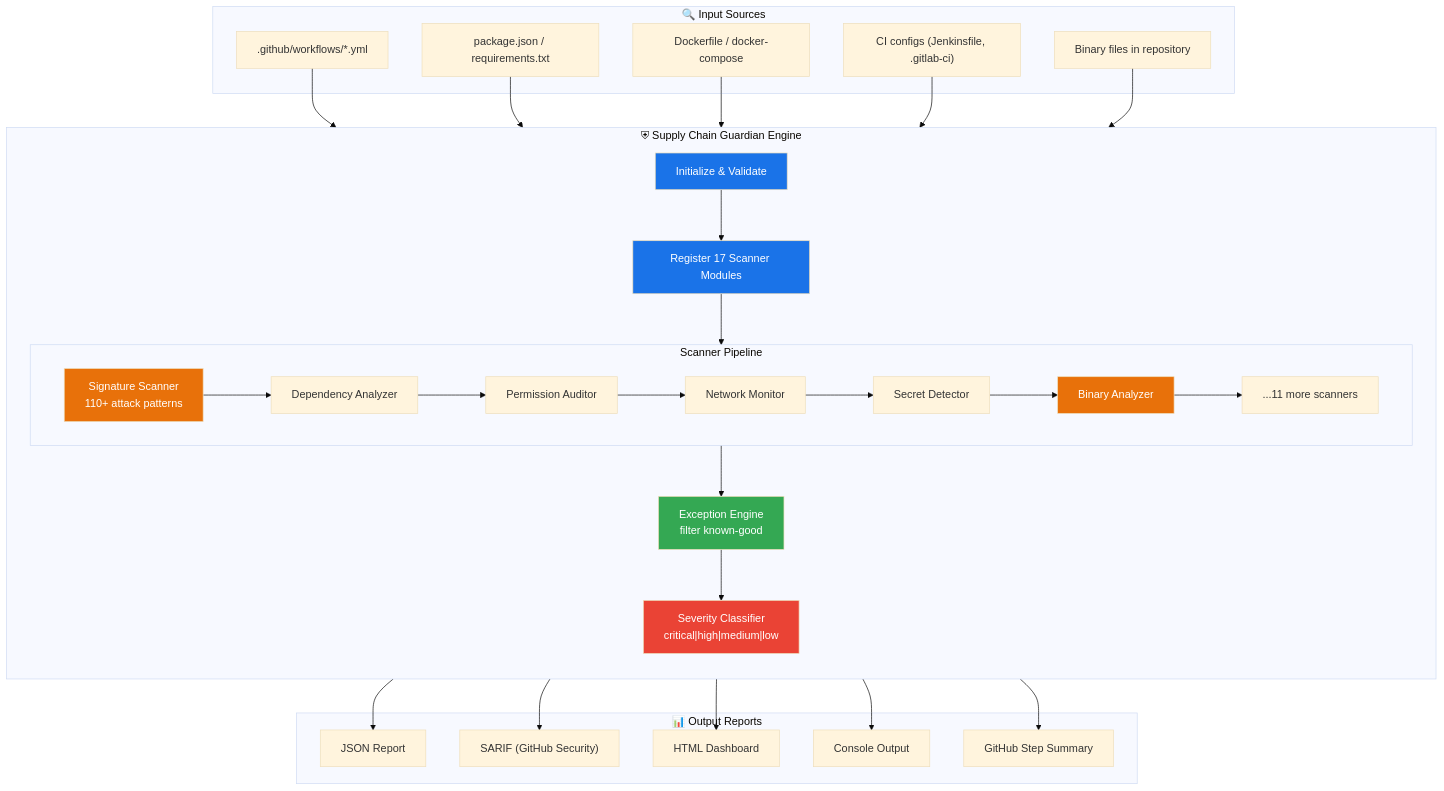
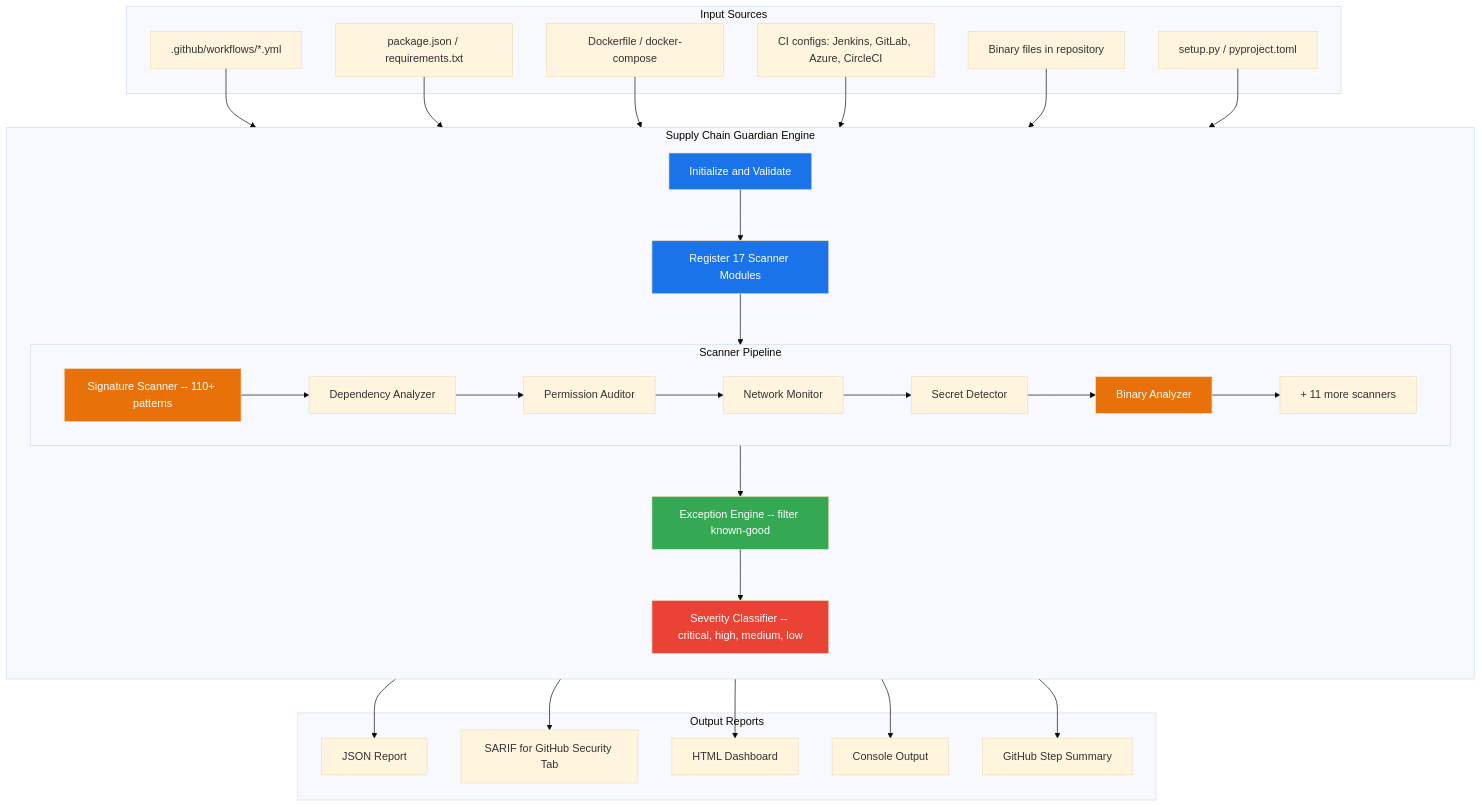
The first of 2 diagrams in README.md (anshumaan-10/supply-chain-guardian-demo), drawn with Mermaid (base theme) before and after one commit. The commit also changed other lines of this file, not shown here.

Commit message:
docs: rewrite README for 37 attack scenarios, zero emojis

````diff
--- a/README.md
+++ b/README.md
@@ -49,66 +52,68 @@
 ```mermaid
 graph TB
-    subgraph "🔍 Input Sources"
+    subgraph "Input Sources"
         WF[".github/workflows/*.yml"]
         PKG["package.json / requirements.txt"]
         DOCK["Dockerfile / docker-compose"]
-        CONF["CI configs (Jenkinsfile, .gitlab-ci)"]
+        CONF["CI configs: Jenkins, GitLab, Azure, CircleCI"]
         BIN["Binary files in repository"]
+        SETUP["setup.py / pyproject.toml"]
     end
 
-    subgraph "⛨ Supply Chain Guardian Engine"
+    subgraph "Supply Chain Guardian Engine"
         direction TB
-        INIT["Initialize & Validate"]
+        INIT["Initialize and Validate"]
         REG["Register 17 Scanner Modules"]
 
         subgraph "Scanner Pipeline"
             direction LR
-            S1["Signature Scanner<br/>110+ attack patterns"]
+            S1["Signature Scanner -- 110+ patterns"]
             S2["Dependency Analyzer"]
             S3["Permission Auditor"]
             S4["Network Monitor"]
             S5["Secret Detector"]
             S6["Binary Analyzer"]
-            S7["...11 more scanners"]
+            S7["+ 11 more scanners"]
         end
 
-        EXC["Exception Engine<br/>filter known-good"]
-        SEV["Severity Classifier<br/>critical|high|medium|low"]
+        EXC["Exception Engine -- filter known-good"]
+        SEV["Severity Classifier -- critical, high, medium, low"]
     end
 
-    subgraph "📊 Output Reports"
+    subgraph "Output Reports"
         JSON["JSON Report"]
-        SARIF["SARIF (GitHub Security)"]
+        SARIF["SARIF for GitHub Security Tab"]
         HTML["HTML Dashboard"]
         CONSOLE["Console Output"]
         GH["GitHub Step Summary"]
     end
 
     WF --> INIT
     PKG --> INIT
     DOCK --> INIT
     CONF --> INIT
     BIN --> INIT
+    SETUP --> INIT
     INIT --> REG
     REG --> S1
     S1 --> S2
     S2 --> S3
     S3 --> S4
     S4 --> S5
     S5 --> S6
     S6 --> S7
     S7 --> EXC
     EXC --> SEV
     SEV --> JSON
     SEV --> SARIF
     SEV --> HTML
     SEV --> CONSOLE
     SEV --> GH
 
     style INIT fill:#1a73e8,color:white
     style REG fill:#1a73e8,color:white
     style S1 fill:#e8710a,color:white
     style S6 fill:#e8710a,color:white
     style EXC fill:#34a853,color:white
     style SEV fill:#ea4335,color:white
 ```
````
